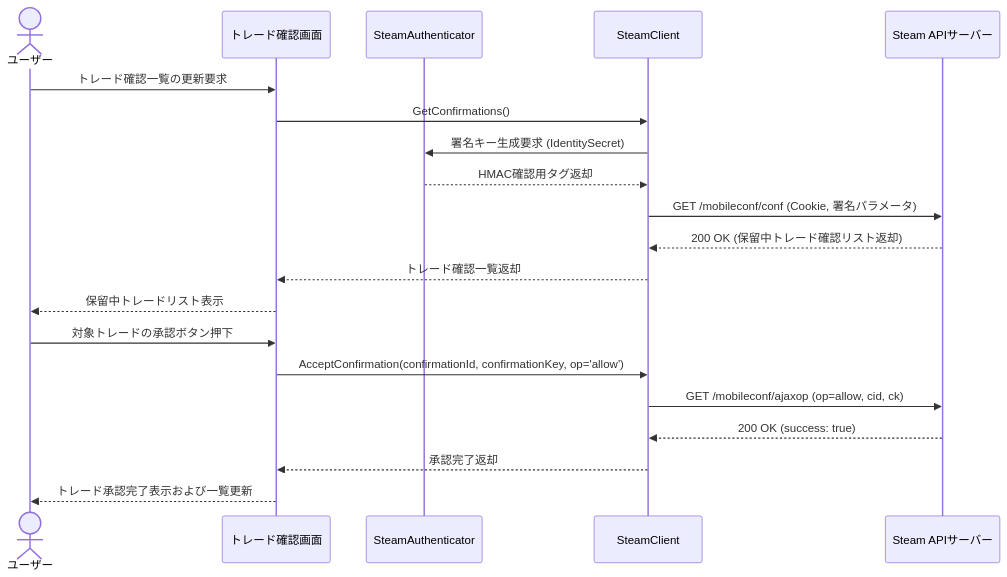
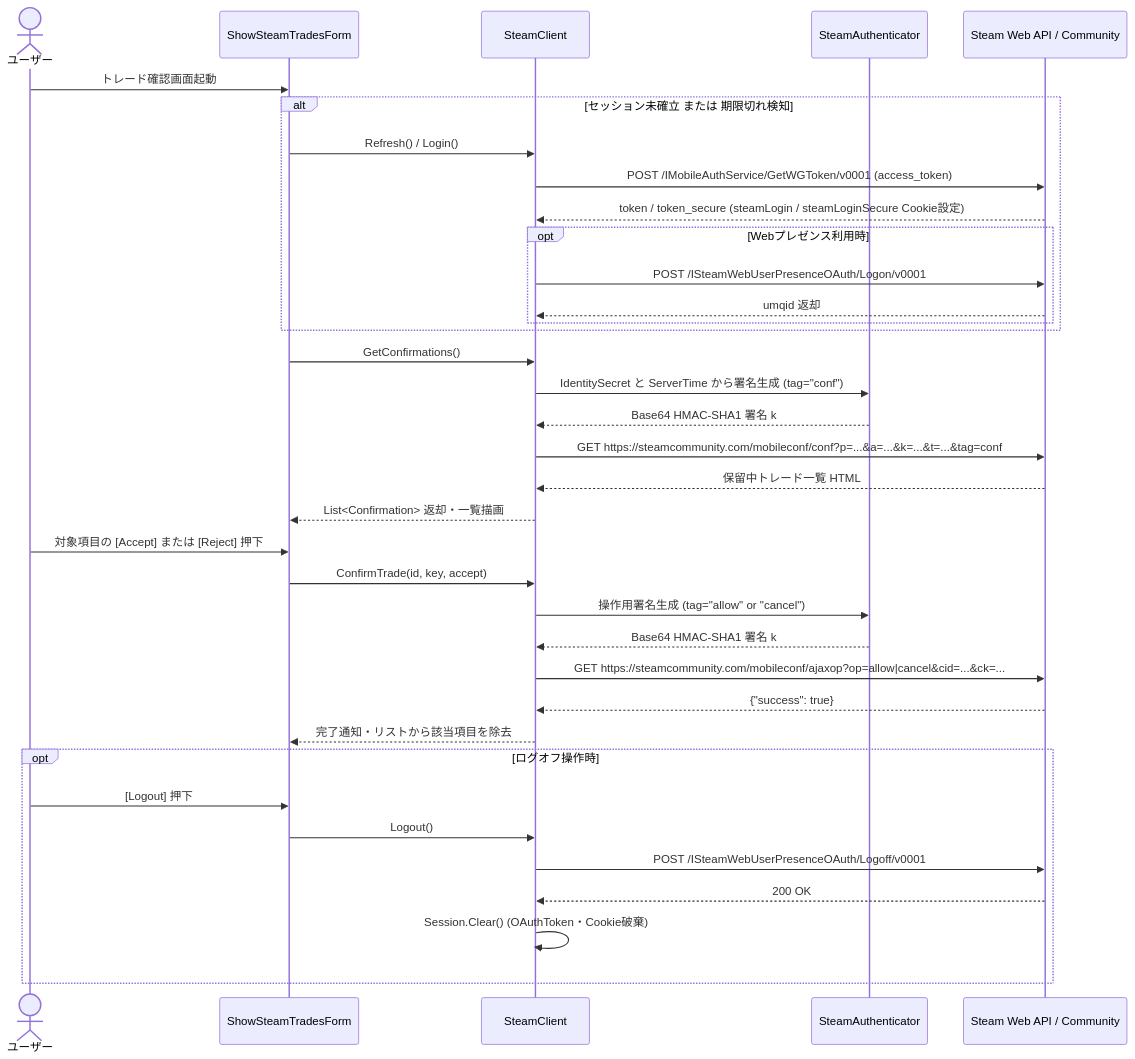
The fifth of 6 diagrams in .gear/3_詳細設計/33_シーケンス図.md (CTD-Networks-CO-LTD/winauth), drawn with Mermaid before and after one commit. The commit also changed other lines of this file and 21 other files, not shown here.

````diff
--- a/.gear/3_詳細設計/33_シーケンス図.md
+++ b/.gear/3_詳細設計/33_シーケンス図.md
@@ -141,22 +141,42 @@
 ```mermaid
 sequenceDiagram
-    actor user as ユーザー
-    participant tradeForm as トレード確認画面
-    participant steamAuth as SteamAuthenticator
-    participant steamClient as SteamClient
-    participant steamApi as Steam APIサーバー
-    user->>tradeForm: トレード確認一覧の更新要求
-    tradeForm->>steamClient: GetConfirmations()
-    steamClient->>steamAuth: 署名キー生成要求 (IdentitySecret)
-    steamAuth-->>steamClient: HMAC確認用タグ返却
-    steamClient->>steamApi: GET /mobileconf/conf (Cookie, 署名パラメータ)
-    steamApi-->>steamClient: 200 OK (保留中トレード確認リスト返却)
-    steamClient-->>tradeForm: トレード確認一覧返却
-    tradeForm-->>user: 保留中トレードリスト表示
-    user->>tradeForm: 対象トレードの承認ボタン押下
-    tradeForm->>steamClient: AcceptConfirmation(confirmationId, confirmationKey, op='allow')
-    steamClient->>steamApi: GET /mobileconf/ajaxop (op=allow, cid, ck)
-    steamApi-->>steamClient: 200 OK (success: true)
-    steamClient-->>tradeForm: 承認完了返却
-    tradeForm-->>user: トレード承認完了表示および一覧更新
+    actor User as ユーザー
+    participant Form as ShowSteamTradesForm
+    participant Client as SteamClient
+    participant Auth as SteamAuthenticator
+    participant API as Steam Web API / Community
+
+    User->>Form: トレード確認画面起動
+    alt セッション未確立 または 期限切れ検知
+        Form->>Client: Refresh() / Login()
+        Client->>API: POST /IMobileAuthService/GetWGToken/v0001 (access_token)
+        API-->>Client: token / token_secure (steamLogin / steamLoginSecure Cookie設定)
+        opt Webプレゼンス利用時
+            Client->>API: POST /ISteamWebUserPresenceOAuth/Logon/v0001
+            API-->>Client: umqid 返却
+        end
+    end
+
+    Form->>Client: GetConfirmations()
+    Client->>Auth: IdentitySecret と ServerTime から署名生成 (tag="conf")
+    Auth-->>Client: Base64 HMAC-SHA1 署名 k
+    Client->>API: GET https://steamcommunity.com/mobileconf/conf?p=...&a=...&k=...&t=...&tag=conf
+    API-->>Client: 保留中トレード一覧 HTML
+    Client-->>Form: List<Confirmation> 返却・一覧描画
+
+    User->>Form: 対象項目の [Accept] または [Reject] 押下
+    Form->>Client: ConfirmTrade(id, key, accept)
+    Client->>Auth: 操作用署名生成 (tag="allow" or "cancel")
+    Auth-->>Client: Base64 HMAC-SHA1 署名 k
+    Client->>API: GET https://steamcommunity.com/mobileconf/ajaxop?op=allow|cancel&cid=...&ck=...
+    API-->>Client: {"success": true}
+    Client-->>Form: 完了通知・リストから該当項目を除去
+
+    opt ログオフ操作時
+        User->>Form: [Logout] 押下
+        Form->>Client: Logout()
+        Client->>API: POST /ISteamWebUserPresenceOAuth/Logoff/v0001
+        API-->>Client: 200 OK
+        Client->>Client: Session.Clear() (OAuthToken・Cookie破棄)
+    end
 ```
````
